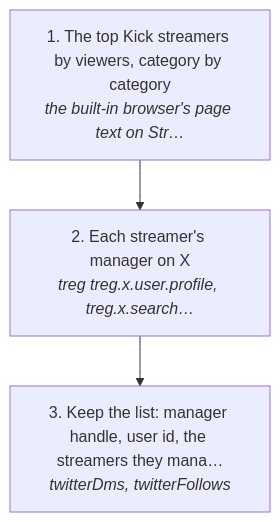
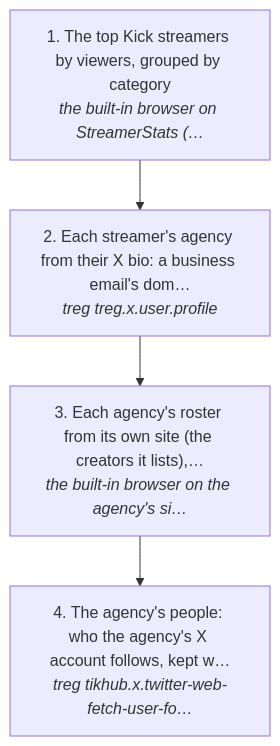
The first of 3 diagrams in docs/useCases/twitter/managerMaxxing.md (matthewdonsemail-lab/log), drawn with Mermaid before and after one commit. The commit also changed other lines of this file and 2 other files, not shown here.

Commit message:
docs: managerMaxxing finds the managers through the agencies, their rosters and their following lists

````diff
--- a/docs/useCases/twitter/managerMaxxing.md
+++ b/docs/useCases/twitter/managerMaxxing.md
@@ -18,8 +20,10 @@
 ```mermaid
 flowchart TD
-  s0["1. The top Kick streamers by viewers, category by category<br/><i>the built-in browser's page text on Str…</i>"]
-  s1["2. Each streamer's manager on X<br/><i>treg treg.x.user.profile, treg.x.search…</i>"]
-  s2["3. Keep the list: manager handle, user id, the streamers they mana…<br/><i>twitterDms, twitterFollows</i>"]
+  s0["1. The top Kick streamers by viewers, grouped by category<br/><i>the built-in browser on StreamerStats (…</i>"]
+  s1["2. Each streamer's agency from their X bio: a business email's dom…<br/><i>treg treg.x.user.profile</i>"]
+  s2["3. Each agency's roster from its own site (the creators it lists),…<br/><i>the built-in browser on the agency's si…</i>"]
+  s3["4. The agency's people: who the agency's X account follows, kept w…<br/><i>treg tikhub.x.twitter-web-fetch-user-fo…</i>"]
   s0 --> s1
   s1 --> s2
+  s2 --> s3
 ```
````
